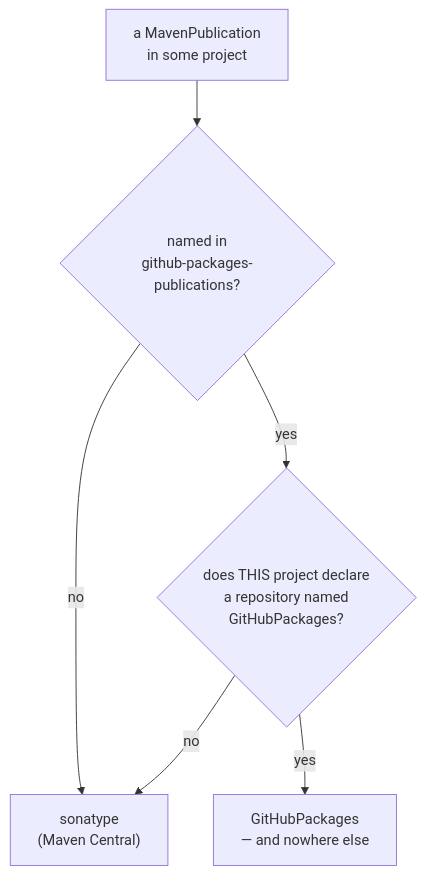
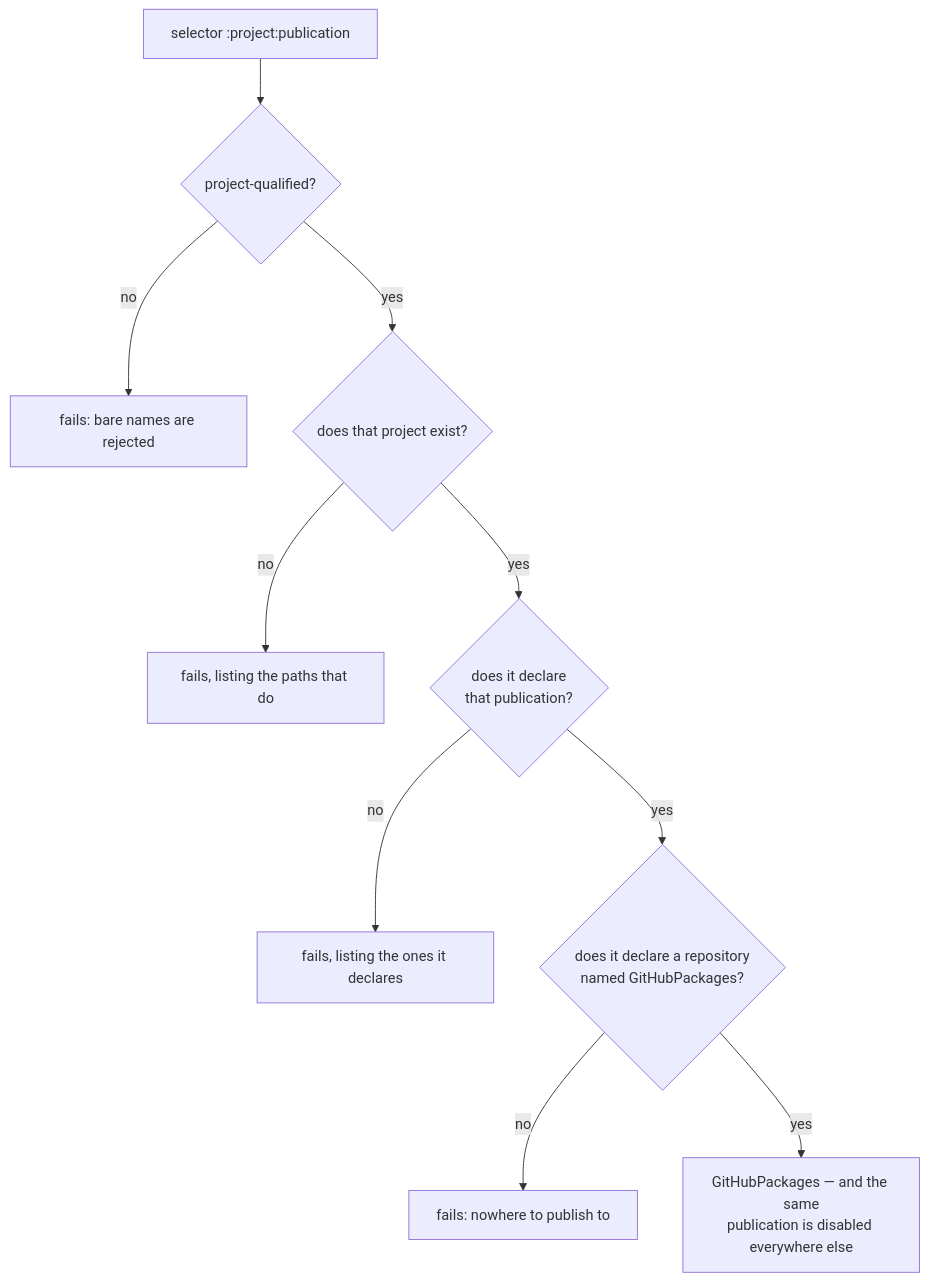
Before and after one commit to octopusden/octopus-base: the third of 5 diagrams in docs/Octopus Release Pipeline.md, drawn with Mermaid. The commit also changed other lines of this file and 3 other files, not shown here.

````diff
--- a/docs/Octopus Release Pipeline.md
+++ b/docs/Octopus Release Pipeline.md
@@ -177,8 +179,12 @@
 ```mermaid
 flowchart TD
-    P["a MavenPublication<br/>in some project"] --> Q1{"named in<br/>github-packages-publications?"}
-    Q1 -->|no| SON["sonatype<br/>(Maven Central)"]
-    Q1 -->|yes| Q2{"does THIS project declare<br/>a repository named<br/>GitHubPackages?"}
-    Q2 -->|no| SON
-    Q2 -->|yes| GHP["GitHubPackages<br/>— and nowhere else"]
+    S["selector :project:publication"] --> Q1{"project-qualified?"}
+    Q1 -->|no| E1["fails: bare names are rejected"]
+    Q1 -->|yes| Q2{"does that project exist?"}
+    Q2 -->|no| E2["fails, listing the paths that do"]
+    Q2 -->|yes| Q3{"does it declare<br/>that publication?"}
+    Q3 -->|no| E3["fails, listing the ones it declares"]
+    Q3 -->|yes| Q4{"does it declare a repository<br/>named GitHubPackages?"}
+    Q4 -->|no| E4["fails: nowhere to publish to"]
+    Q4 -->|yes| GHP["GitHubPackages — and the same<br/>publication is disabled everywhere else"]
 ```
````
